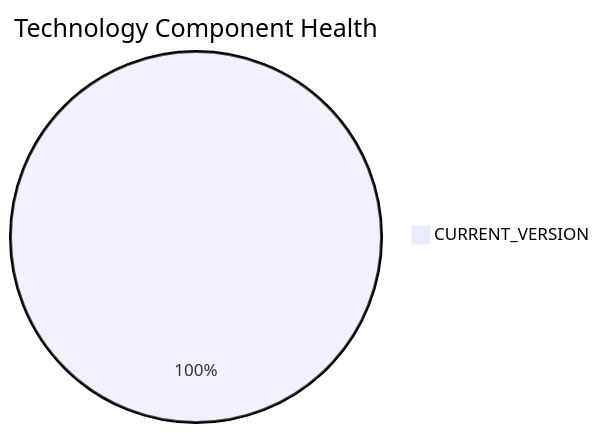
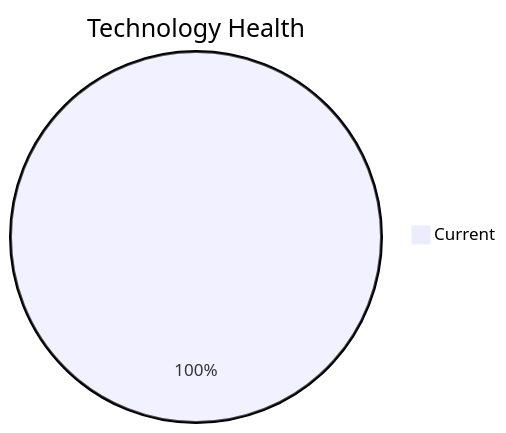
One commit to ktruchcz/copilot-test-ktruchcz changed the diagram in discover/output/reports/apps/app012.md. Above: the diagram before and after it, drawn with Mermaid. The commit also changed other lines of this file and 227 other files, not shown here.

````diff
--- a/discover/output/reports/apps/app012.md
+++ b/discover/output/reports/apps/app012.md
@@ -38,4 +32,4 @@
 ```mermaid
-pie title Technology Component Health
-    "CURRENT_VERSION" : 4
+pie title Technology Health
+    "Current" : 4
 ```
````
